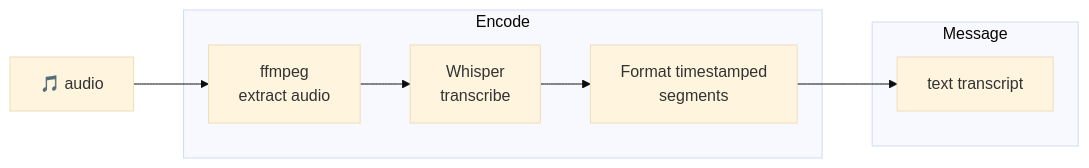
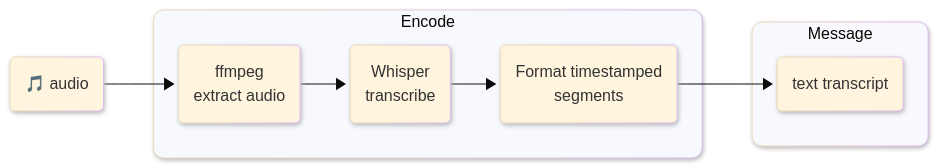
Diagram 11 of 17 in docs/ENCODERS.md (vlm-run/mm), drawn with Mermaid (base theme) before and after one commit. The commit also changed other lines of this file and 1 other file, not shown here.

````diff
--- a/docs/ENCODERS.md
+++ b/docs/ENCODERS.md
@@ -273,16 +303,19 @@
 ```mermaid
+%%{init: {'look': 'neo'} }%%
 graph LR
-  audio["🎵 audio"]
+  audio("🎵 audio")
 
   subgraph encode ["Encode"]
-    extract["ffmpeg\nextract audio"]
-    whisper["Whisper\ntranscribe"]
-    fmt["Format timestamped\nsegments"]
+    extract("ffmpeg\nextract audio")
+    whisper("Whisper\ntranscribe")
+    fmt("Format timestamped\nsegments")
   end
 
   subgraph message ["Message"]
-    msg["text transcript"]
+    msg("text transcript")
   end
 
   audio --> extract --> whisper --> fmt --> msg
+  style encode rx:10px,ry:10px
+  style message rx:10px,ry:10px
 ```
````
